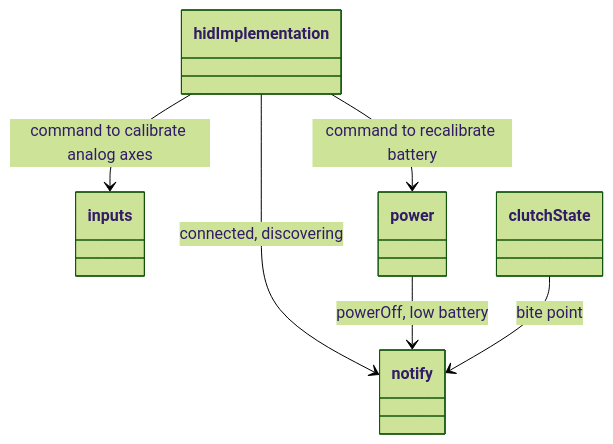
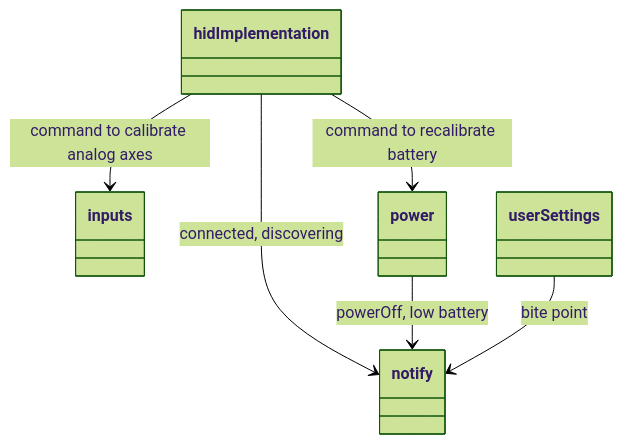
Before and after one commit to afpineda/OpenSourceSimWheelESP32: the second of 3 diagrams in doc/firmware/FirmwareArchitecture_en.md, drawn with Mermaid (forest theme). The commit also changed other lines of this file and 50 other files, not shown here.

Commit message:
clutchState now is userSettings

````diff
--- a/doc/firmware/FirmwareArchitecture_en.md
+++ b/doc/firmware/FirmwareArchitecture_en.md
@@ -105,8 +105,8 @@
 ```mermaid
 classDiagram
     hidImplementation --> inputs: command to calibrate analog axes
     hidImplementation --> power: command to recalibrate battery
     hidImplementation --> notify: connected, discovering
     power --> notify: powerOff, low battery
-    clutchState --> notify: bite point
+    userSettings --> notify: bite point
 ```
````
